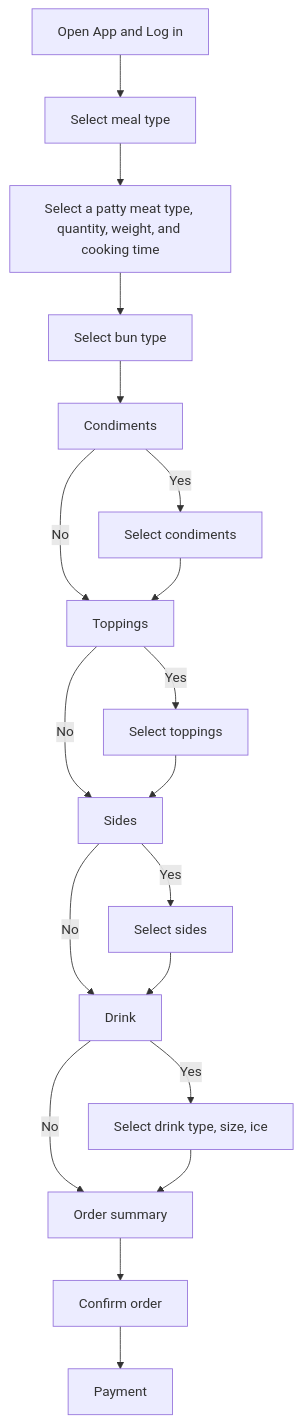
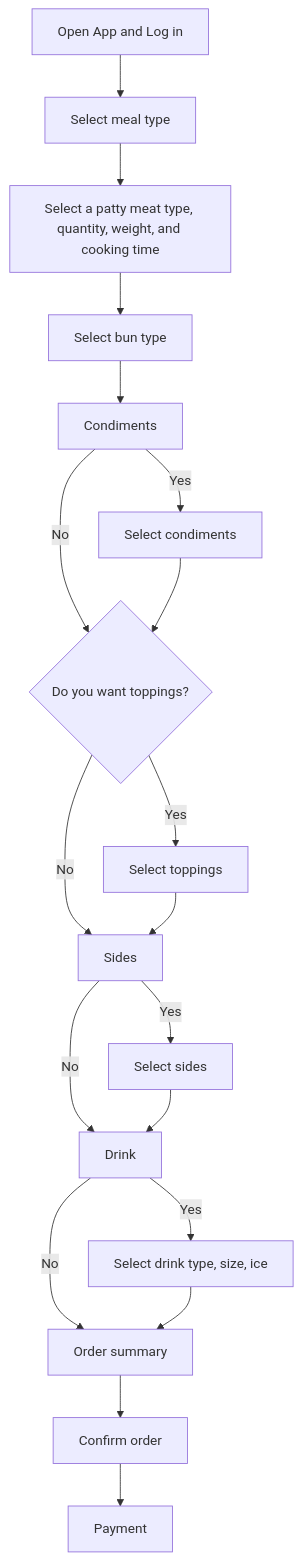
The diagram in student-work/miriam-rosenberg/api-final-project/readme.md (miriam1986/student-showcase), drawn with Mermaid before and after one commit.

````diff
--- a/student-work/miriam-rosenberg/api-final-project/readme.md
+++ b/student-work/miriam-rosenberg/api-final-project/readme.md
@@ -13,23 +13,23 @@
 ```mermaid
 
 flowchart TD
  A[Open App and Log in] --> B[Select meal type]
    B --> C[Select a patty meat type, quantity, weight, and cooking time]
    C --> D[Select bun type]
    D --> E[Condiments]
    E -->|No| G{Do you want toppings?}
    E -->|Yes| F[Select condiments]
-   F --> G[Toppings]
+   F --> G{Do you want toppings?}
    G -->|No| I[Sides]
    G -->|Yes| H[Select toppings]
    H --> I[Sides]
    I -->|Yes| J[Select sides]
    I -->|No| K[Drink]
   J --> K[Drink]
   K -->|Yes| L[Select drink type, size, ice]
   K -->|No| M[Order summary]
   L --> M[Order summary]
   M --> N[Confirm order]
   N --> O[Payment]
    
 ```
````
